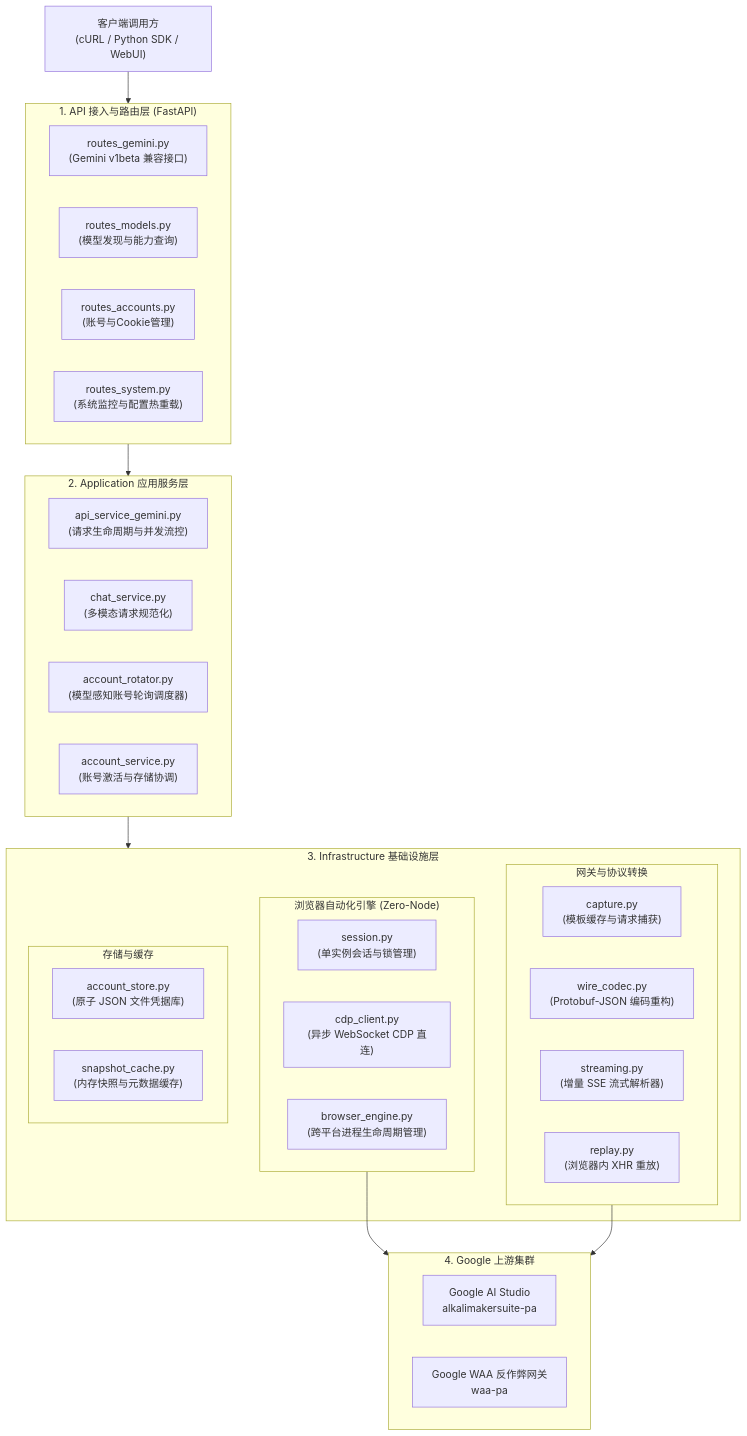
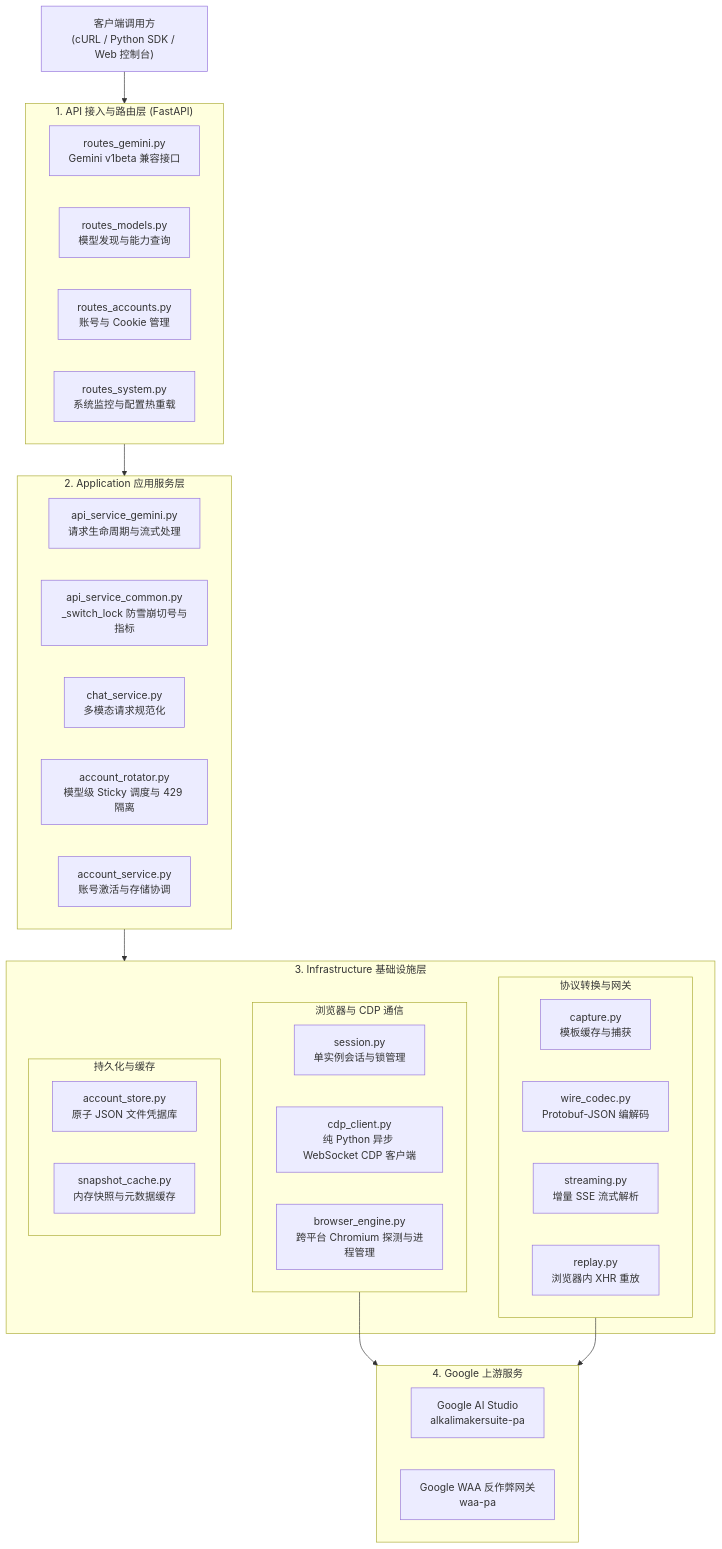
One commit to DeconstructedCube/aistudio-api changed the first of 2 diagrams in docs/ARCHITECTURE.md. Above: the diagram before and after it, drawn with Mermaid. The commit also changed other lines of this file and 43 other files, not shown here.

````diff
--- a/docs/ARCHITECTURE.md
+++ b/docs/ARCHITECTURE.md
@@ -11,49 +21,50 @@
 ```mermaid
 flowchart TD
-    Client["客户端调用方<br/>(cURL / Python SDK / WebUI)"]
+    Client["客户端调用方<br/>(cURL / Python SDK / Web 控制台)"]
 
     subgraph APILayer ["1. API 接入与路由层 (FastAPI)"]
-        RoutesGemini["routes_gemini.py<br/>(Gemini v1beta 兼容接口)"]
-        RoutesModels["routes_models.py<br/>(模型发现与能力查询)"]
-        RoutesAccounts["routes_accounts.py<br/>(账号与Cookie管理)"]
-        RoutesSystem["routes_system.py<br/>(系统监控与配置热重载)"]
+        RoutesGemini["routes_gemini.py<br/>Gemini v1beta 兼容接口"]
+        RoutesModels["routes_models.py<br/>模型发现与能力查询"]
+        RoutesAccounts["routes_accounts.py<br/>账号与 Cookie 管理"]
+        RoutesSystem["routes_system.py<br/>系统监控与配置热重载"]
     end
 
     subgraph AppLayer ["2. Application 应用服务层"]
-        APISvc["api_service_gemini.py<br/>(请求生命周期与并发流控)"]
-        ChatSvc["chat_service.py<br/>(多模态请求规范化)"]
-        AccountRotator["account_rotator.py<br/>(模型感知账号轮询调度器)"]
-        AccountSvc["account_service.py<br/>(账号激活与存储协调)"]
+        APISvc["api_service_gemini.py<br/>请求生命周期与流式处理"]
+        CommonSvc["api_service_common.py<br/>_switch_lock 防雪崩切号与指标"]
+        ChatSvc["chat_service.py<br/>多模态请求规范化"]
+        AccountRotator["account_rotator.py<br/>模型级 Sticky 调度与 429 隔离"]
+        AccountSvc["account_service.py<br/>账号激活与存储协调"]
     end
 
     subgraph InfraLayer ["3. Infrastructure 基础设施层"]
-        subgraph GatewaySub ["网关与协议转换"]
-            CaptureSvc["capture.py<br/>(模板缓存与请求捕获)"]
-            WireCodec["wire_codec.py<br/>(Protobuf-JSON 编码重构)"]
-            StreamingGateway["streaming.py<br/>(增量 SSE 流式解析器)"]
-            ReplaySvc["replay.py<br/>(浏览器内 XHR 重放)"]
+        subgraph GatewaySub ["协议转换与网关"]
+            CaptureSvc["capture.py<br/>模板缓存与捕获"]
+            WireCodec["wire_codec.py<br/>Protobuf-JSON 编解码"]
+            StreamingGateway["streaming.py<br/>增量 SSE 流式解析"]
+            ReplaySvc["replay.py<br/>浏览器内 XHR 重放"]
         end
 
-        subgraph BrowserSub ["浏览器自动化引擎 (Zero-Node)"]
-            BrowserSession["session.py<br/>(单实例会话与锁管理)"]
-            CDPClient["cdp_client.py<br/>(异步 WebSocket CDP 直连)"]
-            BrowserEngine["browser_engine.py<br/>(跨平台进程生命周期管理)"]
+        subgraph BrowserSub ["浏览器与 CDP 通信"]
+            BrowserSession["session.py<br/>单实例会话与锁管理"]
+            CDPClient["cdp_client.py<br/>纯 Python 异步 WebSocket CDP 客户端"]
+            BrowserEngine["browser_engine.py<br/>跨平台 Chromium 探测与进程管理"]
         end
 
-        subgraph StorageSub ["存储与缓存"]
-            AccountStore["account_store.py<br/>(原子 JSON 文件凭据库)"]
-            SnapshotCache["snapshot_cache.py<br/>(内存快照与元数据缓存)"]
+        subgraph StorageSub ["持久化与缓存"]
+            AccountStore["account_store.py<br/>原子 JSON 文件凭据库"]
+            SnapshotCache["snapshot_cache.py<br/>内存快照与元数据缓存"]
         end
     end
 
-    subgraph Upstream ["4. Google 上游集群"]
+    subgraph Upstream ["4. Google 上游服务"]
         AIStudio["Google AI Studio<br/>alkalimakersuite-pa"]
         Waa["Google WAA 反作弊网关<br/>waa-pa"]
     end
 
     Client --> APILayer
     APILayer --> AppLayer
     AppLayer --> InfraLayer
     BrowserSub --> Upstream
     GatewaySub --> Upstream
 ```
````
